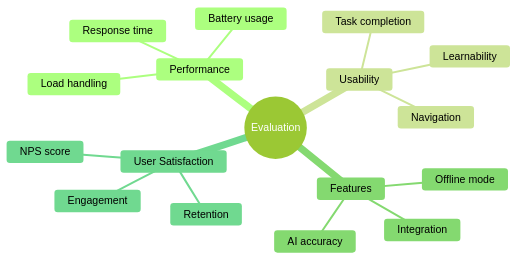
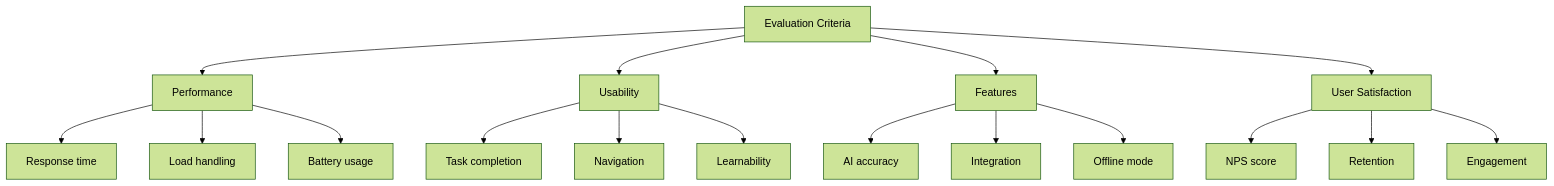
Before and after one commit to MrABKhan/TaskEase_CM_3070: diagram 21 of 33 in report/preliminary_report.md, drawn with Mermaid (forest theme). The commit also changed other lines of this file and 1 other file, not shown here.

````diff
--- a/report/preliminary_report.md
+++ b/report/preliminary_report.md
@@ -949,20 +1057,23 @@
    ```mermaid
-   mindmap
-    root((Evaluation))
-        Performance
-            Response time
-            Load handling
-            Battery usage
-        Usability
-            Task completion
-            Navigation
-            Learnability
-        Features
-            AI accuracy
-            Integration
-            Offline mode
-        User Satisfaction
-            NPS score
-            Retention
-            Engagement
+   graph TD
+    A[Evaluation Criteria] --> B[Performance]
+    A --> C[Usability]
+    A --> D[Features]
+    A --> E[User Satisfaction]
+    
+    B --> B1[Response time]
+    B --> B2[Load handling]
+    B --> B3[Battery usage]
+    
+    C --> C1[Task completion]
+    C --> C2[Navigation]
+    C --> C3[Learnability]
+    
+    D --> D1[AI accuracy]
+    D --> D2[Integration]
+    D --> D3[Offline mode]
+    
+    E --> E1[NPS score]
+    E --> E2[Retention]
+    E --> E3[Engagement]
    ```
````
